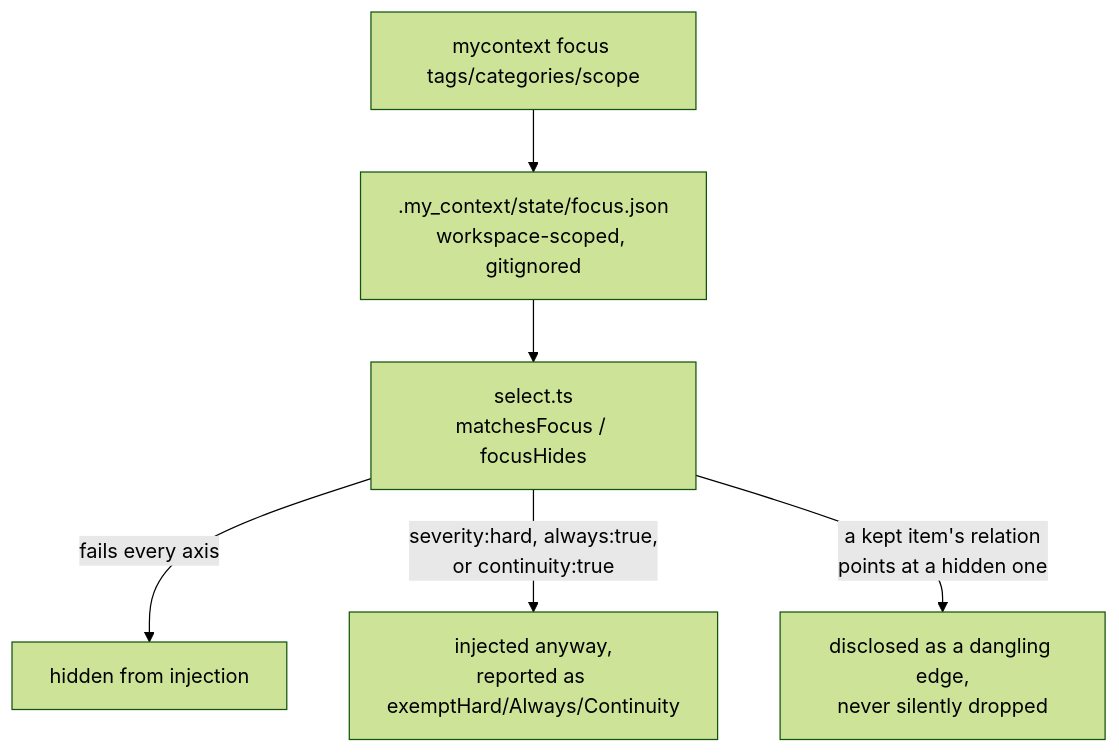
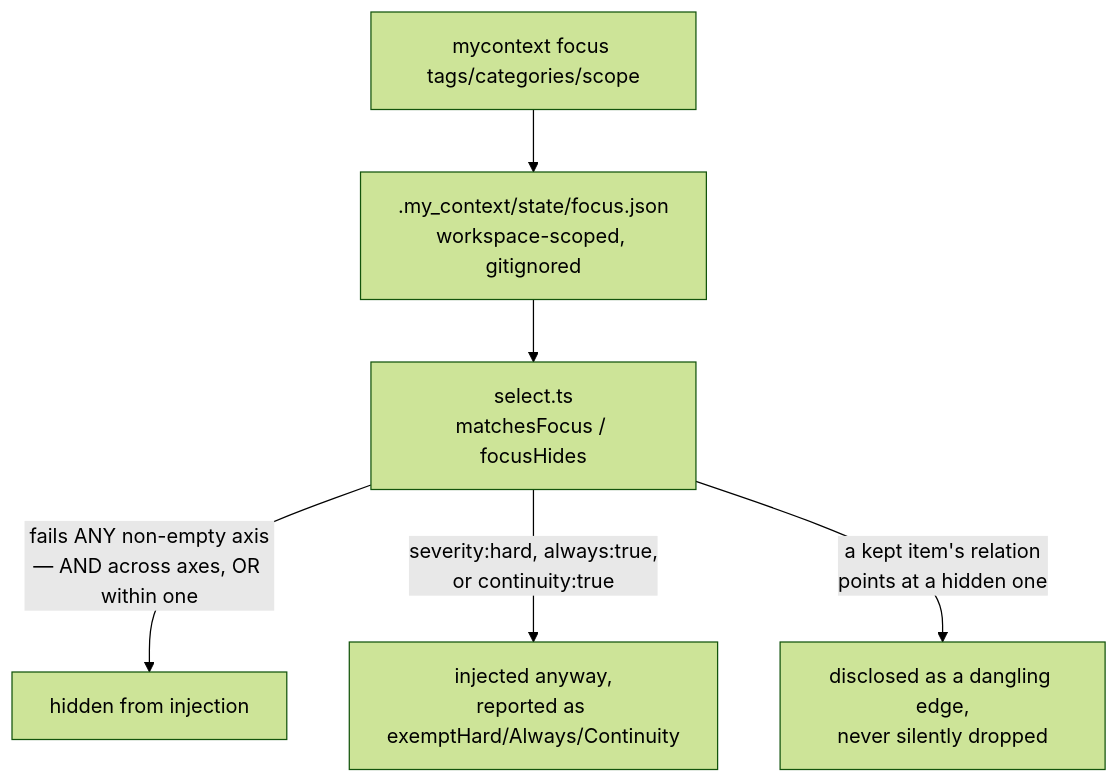
Before and after one commit to Dudi-Bar-On/my-context: the second of 2 diagrams in docs/system/07-focus.md, drawn with Mermaid (forest theme). The commit also changed other lines of this file and 7 other files, not shown here.

First line of the commit message:
the verifier's own correction was wrong too, and the diagram it held up as correct carried the error on an edge

````diff
--- a/docs/system/07-focus.md
+++ b/docs/system/07-focus.md
@@ -82,8 +104,8 @@
 ```mermaid
 flowchart TB
   F["mycontext focus tags/categories/scope"] --> FJ[".my_context/state/focus.json<br/>workspace-scoped, gitignored"]
   FJ --> SEL["select.ts<br/>matchesFocus / focusHides"]
-  SEL -->|"fails every axis"| HIDDEN["hidden from injection"]
+  SEL -->|"fails ANY non-empty axis<br/>— AND across axes, OR within one"| HIDDEN["hidden from injection"]
   SEL -->|"severity:hard, always:true,<br/>or continuity:true"| KEPT["injected anyway,<br/>reported as exemptHard/Always/Continuity"]
   SEL -->|"a kept item's relation<br/>points at a hidden one"| DANGLE["disclosed as a dangling edge,<br/>never silently dropped"]
 ```
````
